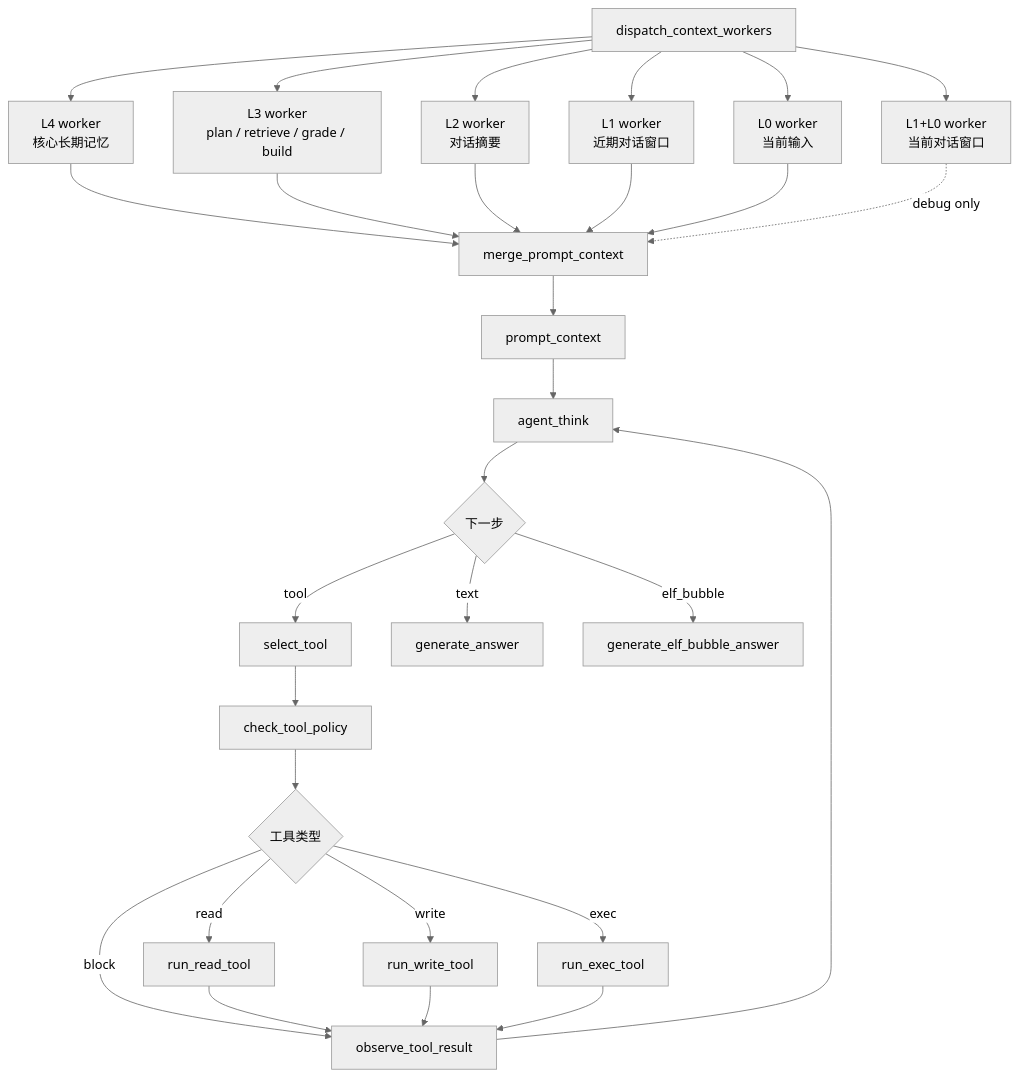
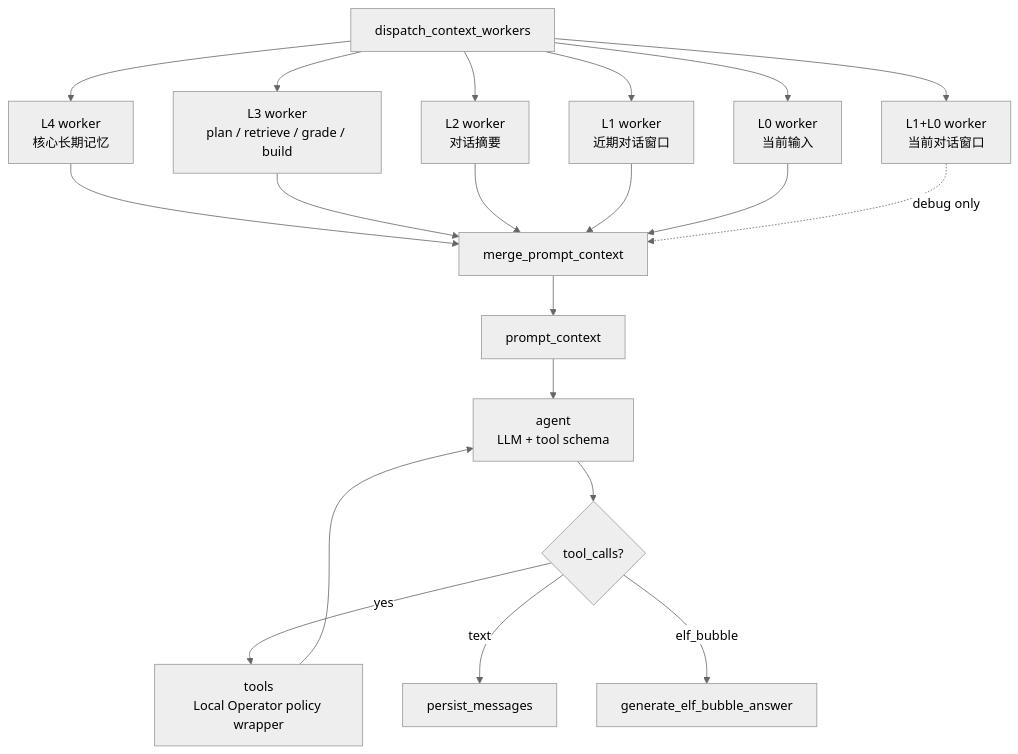
One commit to LiuJiaxuan1024/AiMemo changed the second of 5 diagrams in docs/agent/memory-chat-graph.md. Above: the diagram before and after it, drawn with Mermaid (neutral theme). The commit also changed other lines of this file and 77 other files, not shown here.

````diff
--- a/docs/agent/memory-chat-graph.md
+++ b/docs/agent/memory-chat-graph.md
@@ -556,33 +475,24 @@
 ```mermaid
 flowchart TD
     Dispatch[dispatch_context_workers] --> L4[L4 worker<br/>核心长期记忆]
     Dispatch --> L3[L3 worker<br/>plan / retrieve / grade / build]
     Dispatch --> L2[L2 worker<br/>对话摘要]
     Dispatch --> L1[L1 worker<br/>近期对话窗口]
     Dispatch --> L0[L0 worker<br/>当前输入]
     Dispatch --> Window[L1+L0 worker<br/>当前对话窗口]
 
     L4 --> Merge[merge_prompt_context]
     L3 --> Merge
     L2 --> Merge
     L1 --> Merge
     L0 --> Merge
     Window -. debug only .-> Merge
 
     Merge --> Prompt[prompt_context]
-    Prompt --> AgentThink[agent_think]
-    AgentThink --> Route{下一步}
-    Route -->|tool| Select[select_tool]
-    Select --> Policy[check_tool_policy]
-    Policy --> ToolRoute{工具类型}
-    ToolRoute -->|read| RunRead[run_read_tool]
-    ToolRoute -->|write| RunWrite[run_write_tool]
-    ToolRoute -->|exec| RunExec[run_exec_tool]
-    ToolRoute -->|block| Observe[observe_tool_result]
-    RunRead --> Observe
-    RunWrite --> Observe
-    RunExec --> Observe
-    Observe --> AgentThink
-    Route -->|text| Generate[generate_answer]
+    Prompt --> Agent[agent<br/>LLM + tool schema]
+    Agent --> Route{tool_calls?}
+    Route -->|yes| Tools[tools<br/>Local Operator policy wrapper]
+    Tools --> Agent
+    Route -->|text| Persist[persist_messages]
     Route -->|elf_bubble| BubbleGenerate[generate_elf_bubble_answer]
 ```
````
